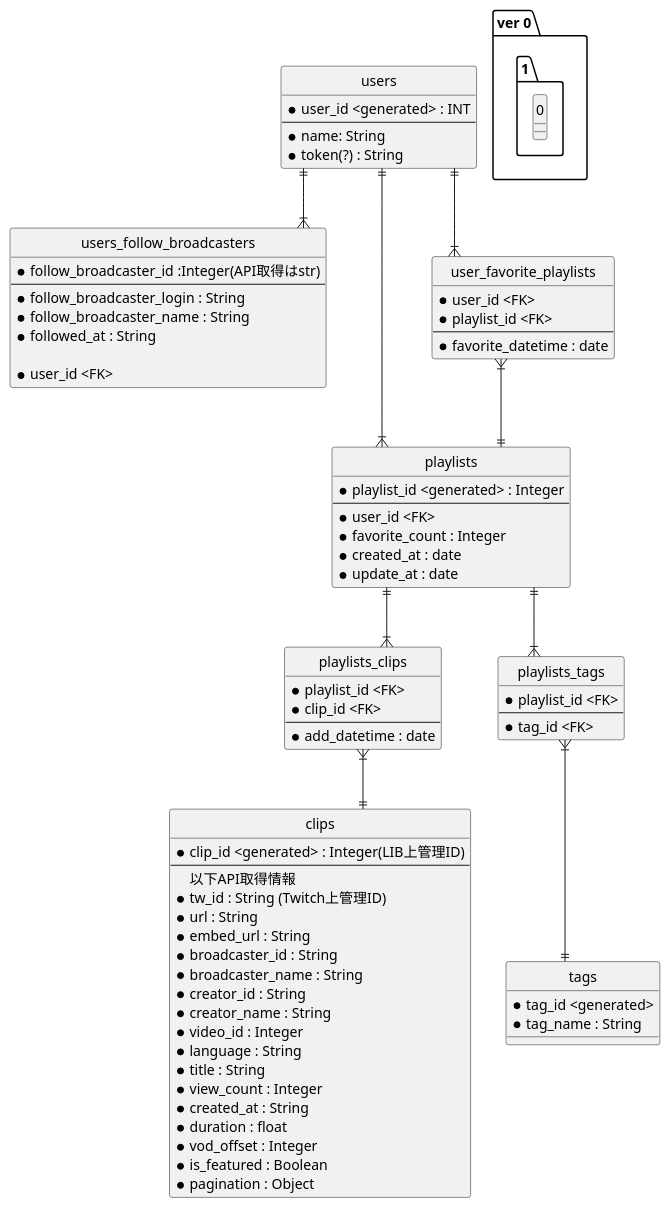
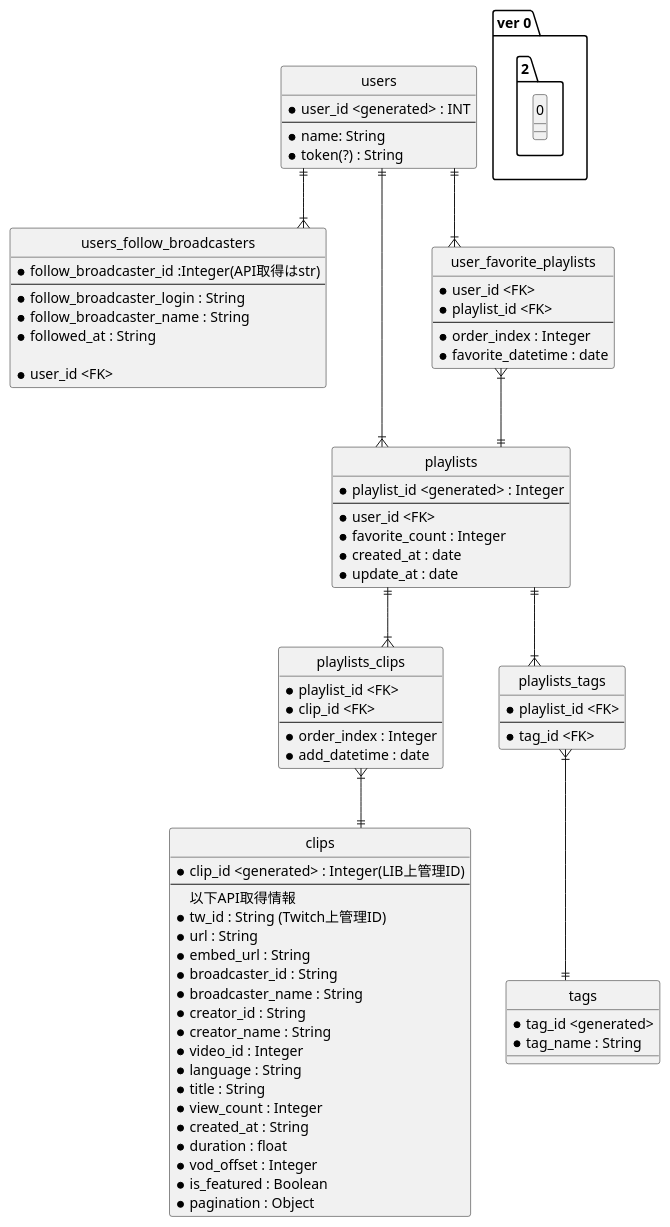
The diagram in dev2_Team_rubbit/er.pu (Taku1103/APPRENTICE_Quests_private), drawn with PlantUML before and after one commit. The commit also changed 5 other files, not shown here.

```diff
--- a/dev2_Team_rubbit/er.pu
+++ b/dev2_Team_rubbit/er.pu
@@ -3,99 +3,101 @@
 @startuml shortcut_quiz
 
 ' hide the spot
 hide circle
 
 ' avoid problems with angled crows feet
 skinparam linetype ortho
 
 
-entity "ver 0.1.0" {
+entity "ver 0.2.0" {
 
 }
 
 entity "users" {
     *user_id <generated> : INT
     --
     *name: String
     *token(?) : String
 }
 
 entity "users_follow_broadcasters" {
     *follow_broadcaster_id :Integer(API取得はstr)
     --
     *follow_broadcaster_login : String
     *follow_broadcaster_name : String
     *followed_at : String
 
     *user_id <FK>
 }
 
 
 entity "playlists" {
     *playlist_id <generated> : Integer
     --
     *user_id <FK>
     *favorite_count : Integer
     *created_at : date
     *update_at : date
 }
 
 
 entity "clips" {
     *clip_id <generated> : Integer(LIB上管理ID)
     --
 以下API取得情報
     *tw_id : String (Twitch上管理ID)
     *url : String
     *embed_url : String
     *broadcaster_id : String
     *broadcaster_name : String
     *creator_id : String
     *creator_name : String
     *video_id : Integer
     *language : String
     *title : String
     *view_count : Integer
     *created_at : String
     *duration : float
     *vod_offset : Integer
     *is_featured : Boolean
     *pagination : Object
 }
 
 entity  "playlists_clips" {
     *playlist_id <FK>
     *clip_id <FK>
     --
+    *order_index : Integer
     *add_datetime : date
 }
 entity "user_favorite_playlists" {
     *user_id <FK>
     *playlist_id <FK>
     --
+    *order_index : Integer
     *favorite_datetime : date
 }
 
 entity "playlists_tags" {
     *playlist_id <FK>
     --
     *tag_id <FK>
 }
 
 entity "tags" {
     *tag_id <generated>
     *tag_name : String
 }
 
 users||--|{playlists
 playlists||--|{playlists_clips
 playlists_clips}|--||clips
 users||--|{users_follow_broadcasters
 users||--|{user_favorite_playlists
 user_favorite_playlists}|--||playlists
 
 playlists||--|{playlists_tags
 playlists_tags}|--||tags
 
 
 @enduml
```
